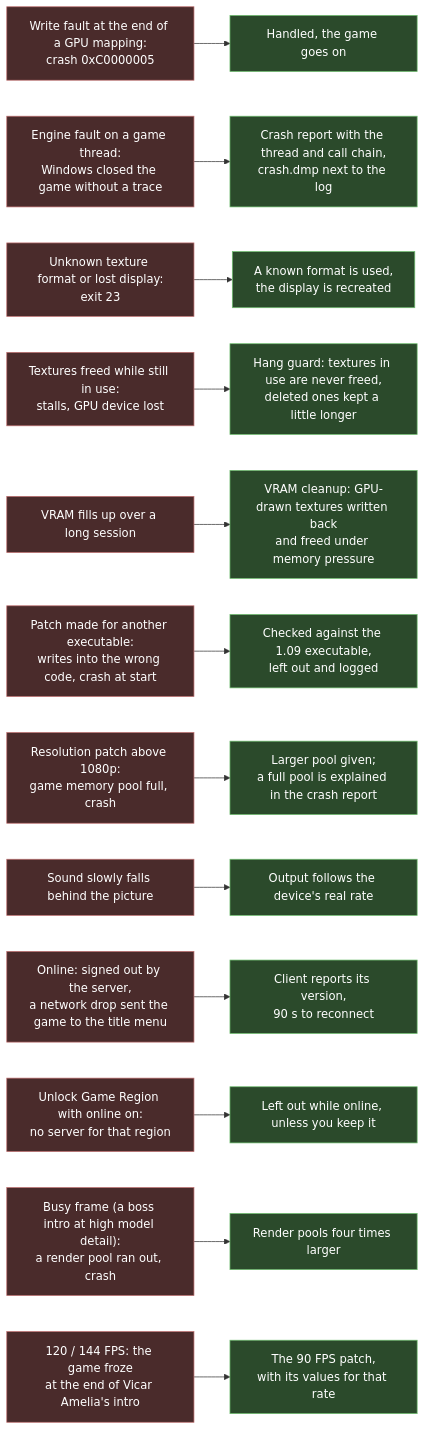
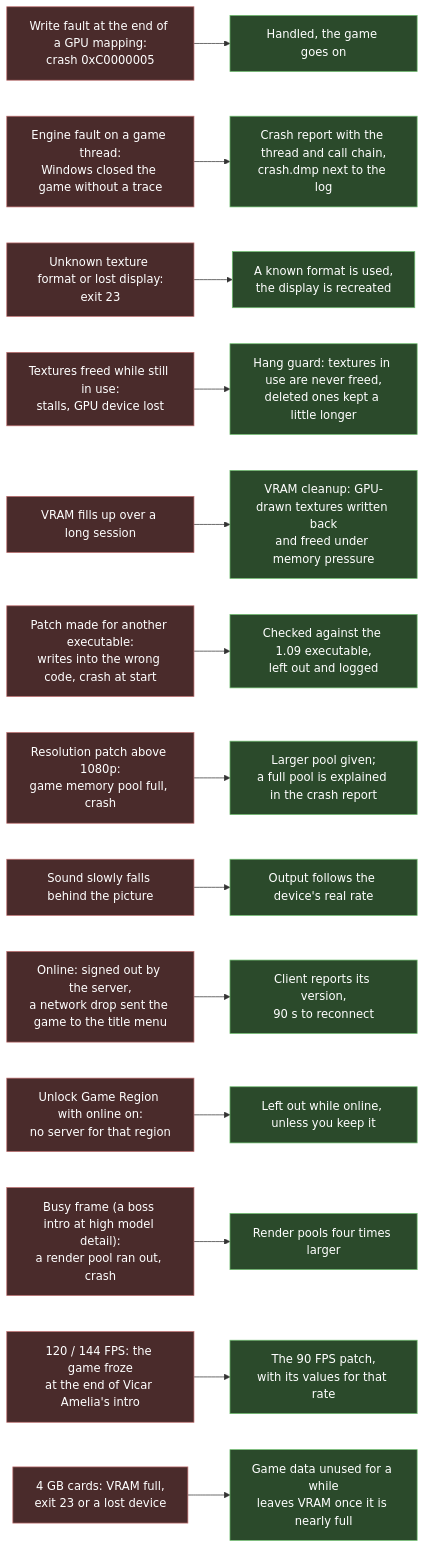
One commit to 123456qewret/LanternEngine changed the second of 3 diagrams in README.md. Above: the diagram before and after it, drawn with Mermaid. The commit also changed other lines of this file and 9 other files, not shown here.

Commit message:
0.9.17: VRAM eviction for 4 GB cards, DLC folder (The Old Hunters on base-game dumps), FPS counter options, menu d-pad fix, version line in logs

````diff
--- a/README.md
+++ b/README.md
@@ -115,19 +115,20 @@
 ```mermaid
 flowchart LR
     s1["Write fault at the end of a GPU mapping:<br/>crash 0xC0000005"] --> f1["Handled, the game goes on"]
     s2["Engine fault on a game thread:<br/>Windows closed the game without a trace"] --> f2["Crash report with the thread and call chain,<br/>crash.dmp next to the log"]
     s3["Unknown texture format or lost display:<br/>exit 23"] --> f3["A known format is used,<br/>the display is recreated"]
     s4["Textures freed while still in use:<br/>stalls, GPU device lost"] --> f4["Hang guard: textures in use are never freed,<br/>deleted ones kept a little longer"]
     s5["VRAM fills up over a long session"] --> f5["VRAM cleanup: GPU-drawn textures written back<br/>and freed under memory pressure"]
     s6["Patch made for another executable:<br/>writes into the wrong code, crash at start"] --> f6["Checked against the 1.09 executable,<br/>left out and logged"]
     s7["Resolution patch above 1080p:<br/>game memory pool full, crash"] --> f7["Larger pool given;<br/>a full pool is explained in the crash report"]
     s8["Sound slowly falls behind the picture"] --> f8["Output follows the device's real rate"]
     s9["Online: signed out by the server,<br/>a network drop sent the game to the title menu"] --> f9["Client reports its version,<br/>90 s to reconnect"]
     s10["Unlock Game Region with online on:<br/>no server for that region"] --> f10["Left out while online, unless you keep it"]
     s11["Busy frame (a boss intro at high model detail):<br/>a render pool ran out, crash"] --> f11["Render pools four times larger"]
     s12["120 / 144 FPS: the game froze<br/>at the end of Vicar Amelia's intro"] --> f12["The 90 FPS patch,<br/>with its values for that rate"]
+    s13["4 GB cards: VRAM full,<br/>exit 23 or a lost device"] --> f13["Game data unused for a while<br/>leaves VRAM once it is nearly full"]
     classDef was fill:#4a2b2b,stroke:#bf6f6f,color:#fff
     classDef now fill:#2b4a2b,stroke:#6fbf6f,color:#fff
-    class s1,s2,s3,s4,s5,s6,s7,s8,s9,s10,s11,s12 was
-    class f1,f2,f3,f4,f5,f6,f7,f8,f9,f10,f11,f12 now
+    class s1,s2,s3,s4,s5,s6,s7,s8,s9,s10,s11,s12,s13 was
+    class f1,f2,f3,f4,f5,f6,f7,f8,f9,f10,f11,f12,f13 now
 ```
````
